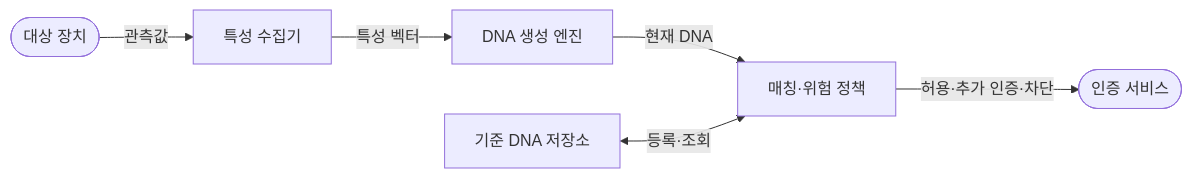
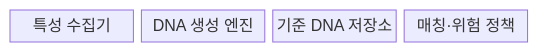
Before and after one commit to agnusdei1207/knowledge-base: the first of 2 diagrams in src/content/docs/notes/02-hardware/071_device_dna.md, drawn with Mermaid. The commit also changed other lines of this file and 20 other files, not shown here.

````diff
--- a/src/content/docs/notes/02-hardware/071_device_dna.md
+++ b/src/content/docs/notes/02-hardware/071_device_dna.md
@@ -63,8 +61,8 @@
 ```mermaid
-flowchart LR
-    D([대상 장치]) -->|"관측값"| C["특성 수집기"]
-    C -->|"특성 벡터"| G["DNA 생성 엔진"]
-    G -->|"현재 DNA"| M["매칭·위험 정책"]
-    R["기준 DNA 저장소"] <-->|"등록·조회"| M
-    M -->|"허용·추가 인증·차단"| A([인증 서비스])
+block
+  columns 4
+  A["특성 수집기"]
+  B["DNA 생성 엔진"]
+  C["기준 DNA 저장소"]
+  D["매칭·위험 정책"]
 ```
````
